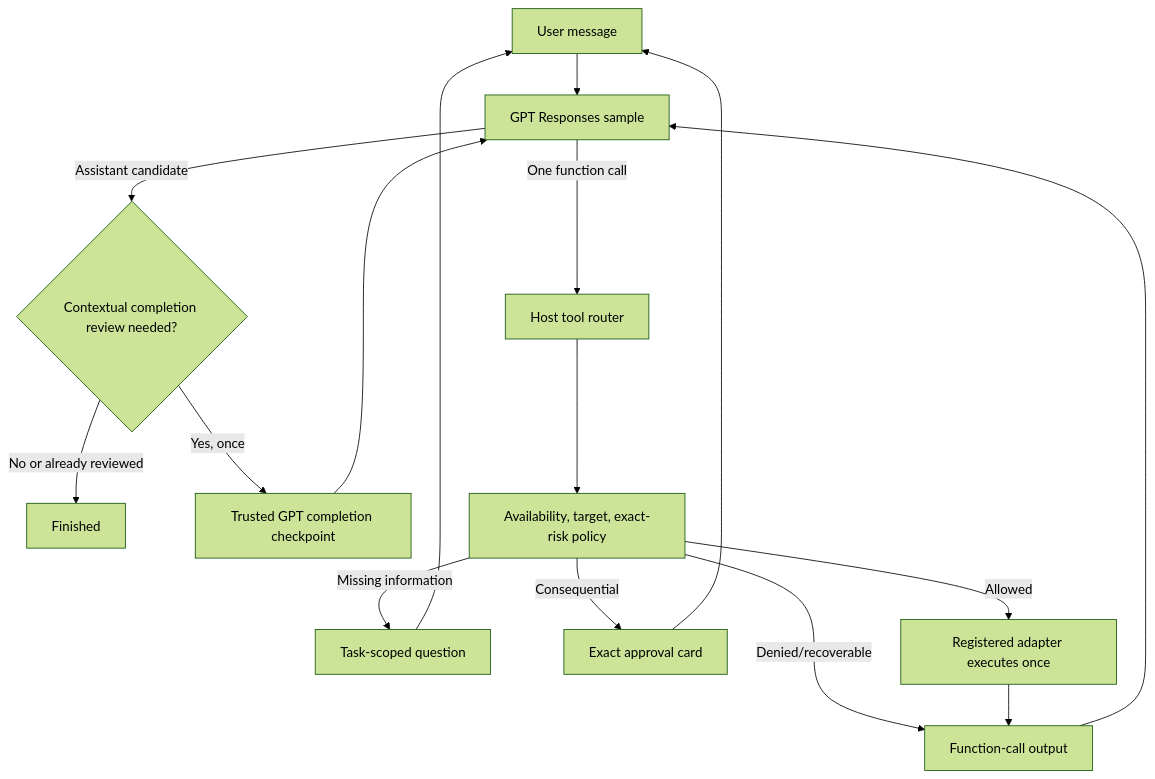
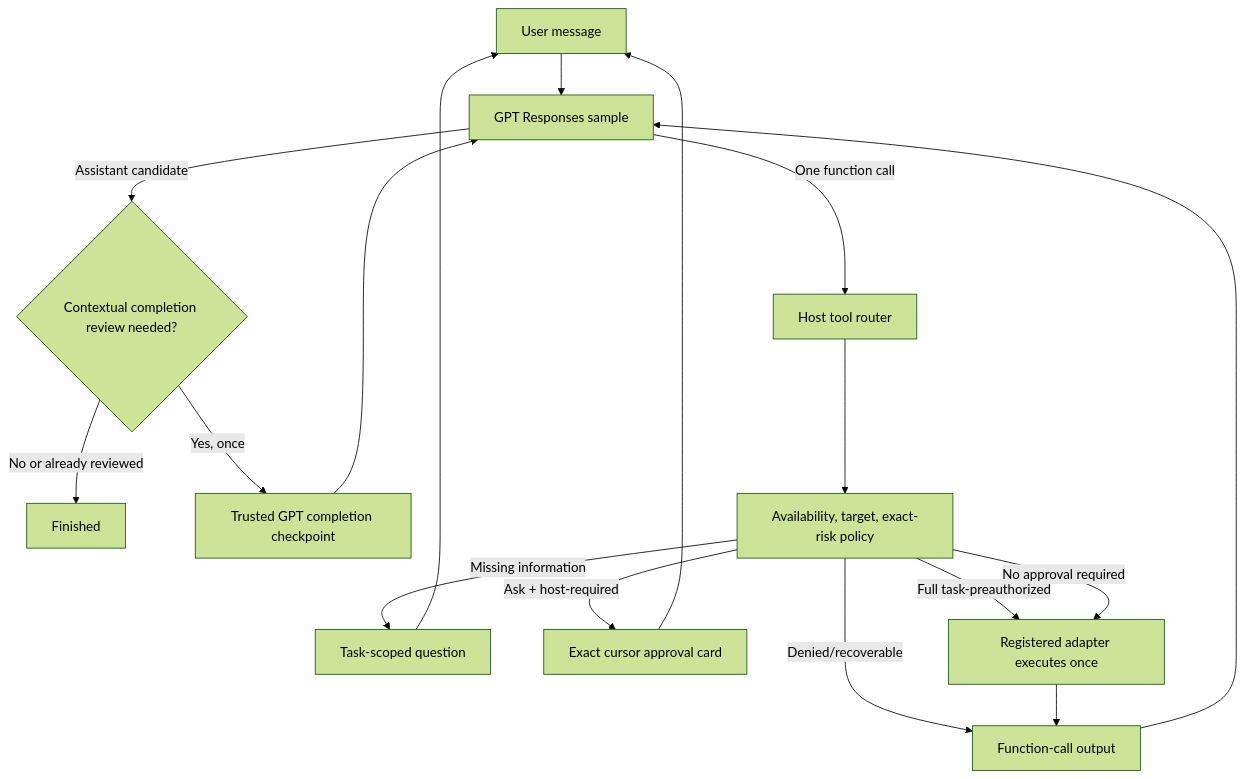
One commit to ducnguyen67201/TroCode changed the diagram in docs/conversational-task-execution.md. Above: the diagram before and after it, drawn with Mermaid (forest theme). The commit also changed other lines of this file and 38 other files, not shown here.

````diff
--- a/docs/conversational-task-execution.md
+++ b/docs/conversational-task-execution.md
@@ -10,18 +10,19 @@
 ```mermaid
 flowchart TD
     USER["User message"] --> MODEL["GPT Responses sample"]
     MODEL -->|"Assistant candidate"| REVIEW{"Contextual completion review needed?"}
     REVIEW -->|"No or already reviewed"| DONE["Finished"]
     REVIEW -->|"Yes, once"| CHECK["Trusted GPT completion checkpoint"]
     CHECK --> MODEL
     MODEL -->|"One function call"| ROUTER["Host tool router"]
     ROUTER --> POLICY["Availability, target, exact-risk policy"]
     POLICY -->|"Denied/recoverable"| OUTPUT["Function-call output"]
     POLICY -->|"Missing information"| ASK["Task-scoped question"]
-    POLICY -->|"Consequential"| APPROVE["Exact approval card"]
-    POLICY -->|"Allowed"| EXECUTE["Registered adapter executes once"]
+    POLICY -->|"Ask + host-required"| APPROVE["Exact cursor approval card"]
+    POLICY -->|"Full task-preauthorized"| EXECUTE["Registered adapter executes once"]
+    POLICY -->|"No approval required"| EXECUTE
     ASK --> USER
     APPROVE --> USER
     EXECUTE --> OUTPUT
     OUTPUT --> MODEL
 ```
````
